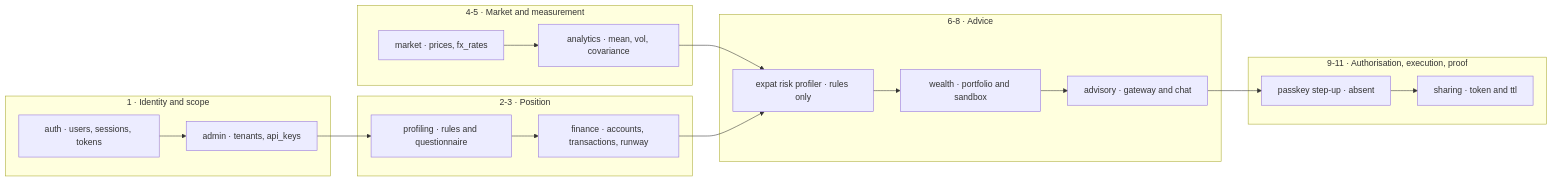
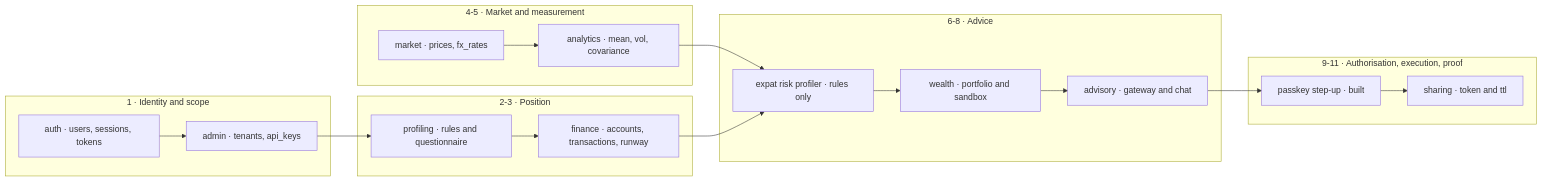
One commit to Nikhil-Mundhra/Wealth-Advisor changed the first of 2 diagrams in docs/domain/advisory-pipeline.md. Above: the diagram before and after it, drawn with Mermaid. The commit also changed other lines of this file and 19 other files, not shown here.

````diff
--- a/docs/domain/advisory-pipeline.md
+++ b/docs/domain/advisory-pipeline.md
@@ -10,30 +10,30 @@
 ```mermaid
 flowchart LR
   subgraph identity[1 · Identity and scope]
     auth[auth · users, sessions, tokens]
     tenant[admin · tenants, api_keys]
   end
   subgraph personal[2-3 · Position]
     profile[profiling · rules and questionnaire]
     finance[finance · accounts, transactions, runway]
   end
   subgraph market[4-5 · Market and measurement]
     ingest[market · prices, fx_rates]
     stats[analytics · mean, vol, covariance]
   end
   subgraph advice[6-8 · Advice]
     risk[expat risk profiler · rules only]
     wealth[wealth · portfolio and sandbox]
     llm[advisory · gateway and chat]
   end
   subgraph action[9-11 · Authorisation, execution, proof]
-    passkey[passkey step-up · absent]
+    passkey[passkey step-up · built]
     share[sharing · token and ttl]
   end
   auth --> tenant --> profile
   profile --> finance
   ingest --> stats --> risk
   finance --> risk
   risk --> wealth --> llm
   llm --> passkey --> share
 ```
````
